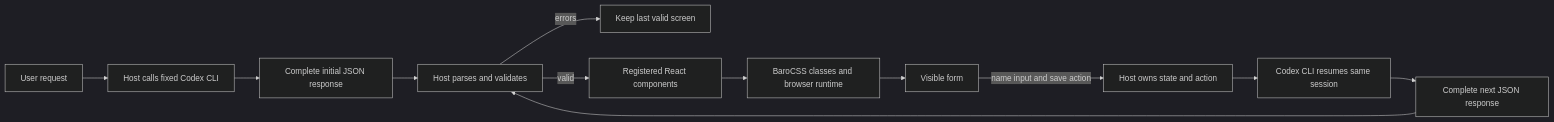
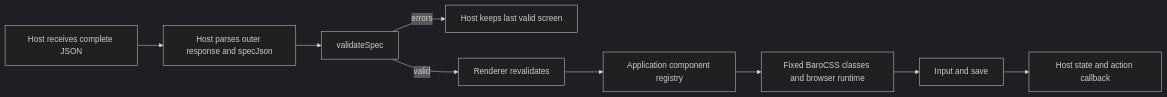
Before and after one commit to barocss/barocss: the diagram in packages/barocss-render/README.md, drawn with Mermaid (dark theme). The commit also changed other lines of this file and 6 other files, not shown here.

````diff
--- a/packages/barocss-render/README.md
+++ b/packages/barocss-render/README.md
@@ -7,14 +39,11 @@
 ```mermaid
 flowchart LR
-  A[User request] --> B[Host calls fixed Codex CLI]
-  B --> C[Complete initial JSON response]
-  C --> D[Host parses and validates]
-  D -- errors --> E[Keep last valid screen]
-  D -- valid --> F[Registered React components]
-  F --> G[BaroCSS classes and browser runtime]
-  G --> H[Visible form]
-  H -- name input and save action --> I[Host owns state and action]
-  I --> J[Codex CLI resumes same session]
-  J --> K[Complete next JSON response]
-  K --> D
+  A[Host receives complete JSON] --> B[Host parses outer response and specJson]
+  B --> C[validateSpec]
+  C -- errors --> D[Host keeps last valid screen]
+  C -- valid --> E[Renderer revalidates]
+  E --> F[Application component registry]
+  F --> G[Fixed BaroCSS classes and browser runtime]
+  G --> H[Input and save]
+  H --> I[Host state and action callback]
 ```
````
